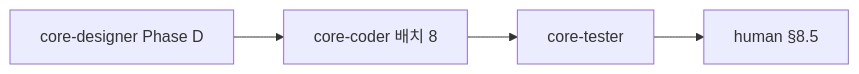
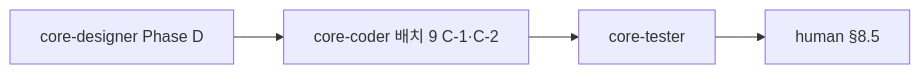
Before and after one commit to beta0629/MindGarden: the diagram in docs/project-management/2026-05-21/MOOD_JOURNAL_CONSULTANT_INBOX_ORCHESTRATION.md, drawn with Mermaid. The commit also changed other lines of this file and 5 other files, not shown here.

````diff
--- a/docs/project-management/2026-05-21/MOOD_JOURNAL_CONSULTANT_INBOX_ORCHESTRATION.md
+++ b/docs/project-management/2026-05-21/MOOD_JOURNAL_CONSULTANT_INBOX_ORCHESTRATION.md
@@ -99,10 +116,10 @@
 ```mermaid
 flowchart LR
   D[core-designer Phase D]
-  C[core-coder 배치 8]
+  C[core-coder 배치 9 C-1·C-2]
   T[core-tester]
   H[human §8.5]
   D --> C
   C --> T
   T --> H
 ```
````
